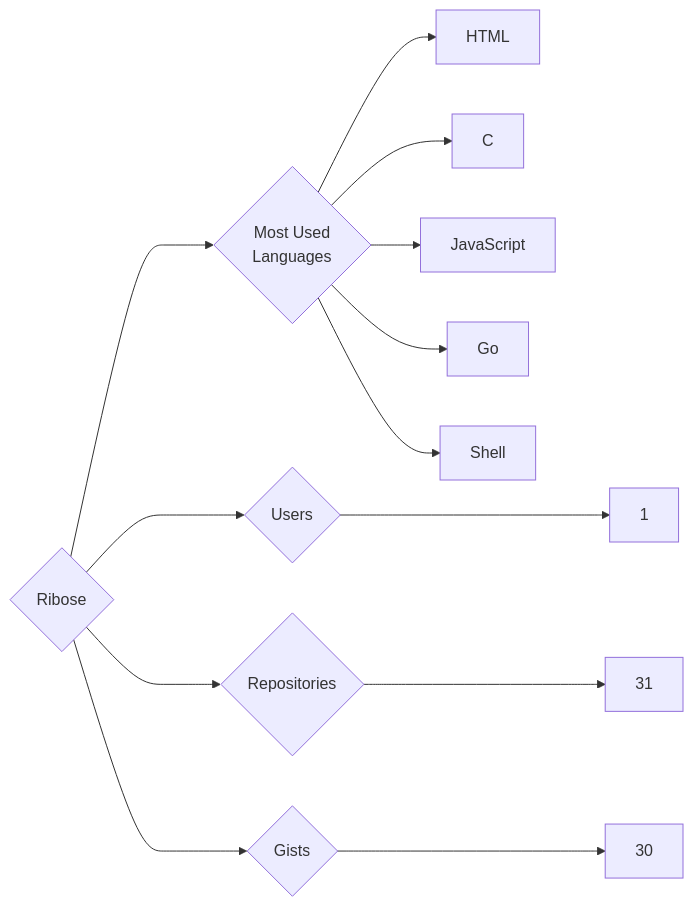
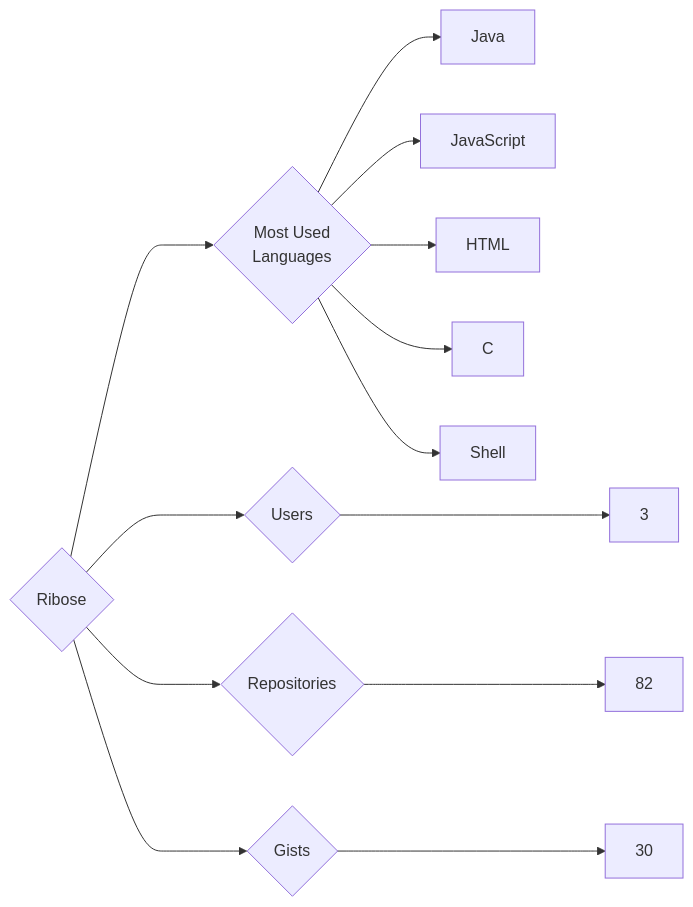
The diagram in targets/Ribose/README.md (trickest/insiders), drawn with Mermaid before and after one commit. The commit also changed 969 other files, not shown here.

````diff
--- a/targets/Ribose/README.md
+++ b/targets/Ribose/README.md
@@ -3,13 +3,13 @@
 ```mermaid
 graph LR
 COMPANY_NAME{Ribose}
-COMPANY_NAME ---> U{Users} ---> UN[1]
-COMPANY_NAME ---> R{Repositories} ---> RN[31]
+COMPANY_NAME ---> U{Users} ---> UN[3]
+COMPANY_NAME ---> R{Repositories} ---> RN[82]
 COMPANY_NAME ---> G{Gists} ---> GN[30]
 COMPANY_NAME ---> ML{Most Used<br>Languages}
+ML --> Java[Java]
+ML --> JavaScript[JavaScript]
 ML --> HTML[HTML]
 ML --> C[C]
-ML --> JavaScript[JavaScript]
-ML --> Go[Go]
 ML --> Shell[Shell]
 ```
````
